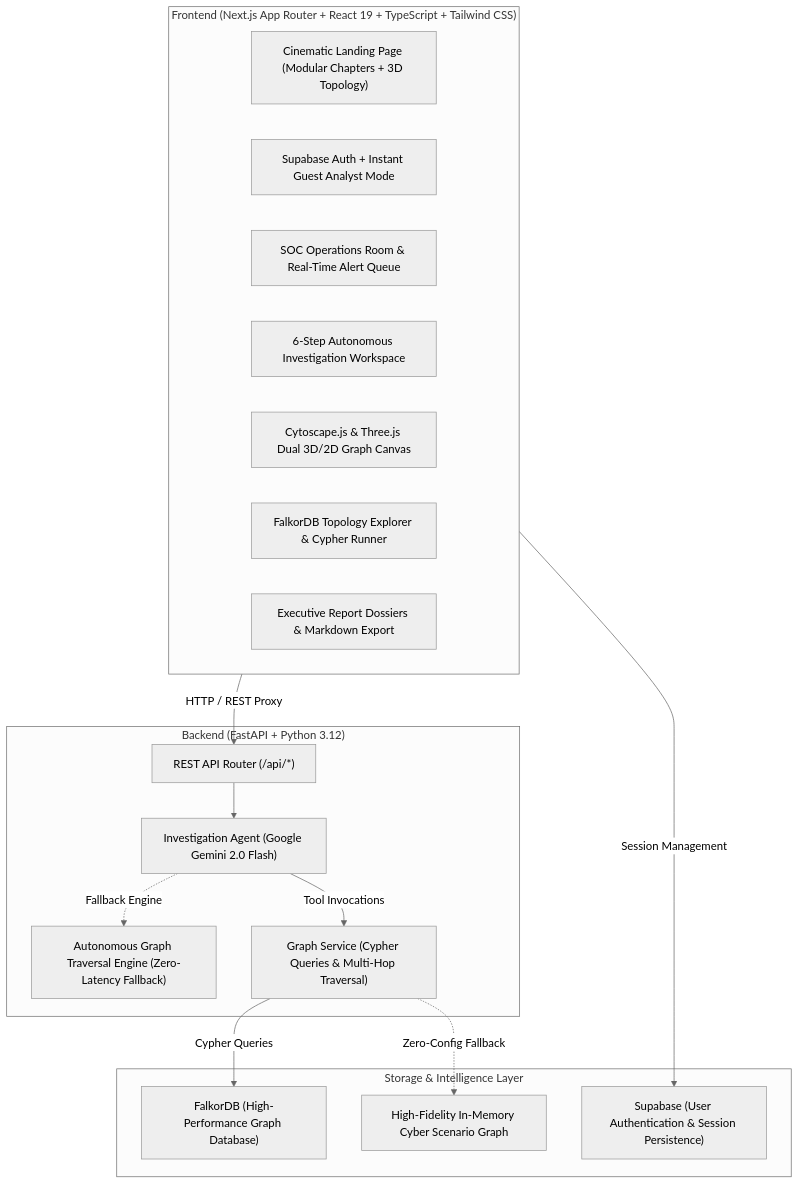
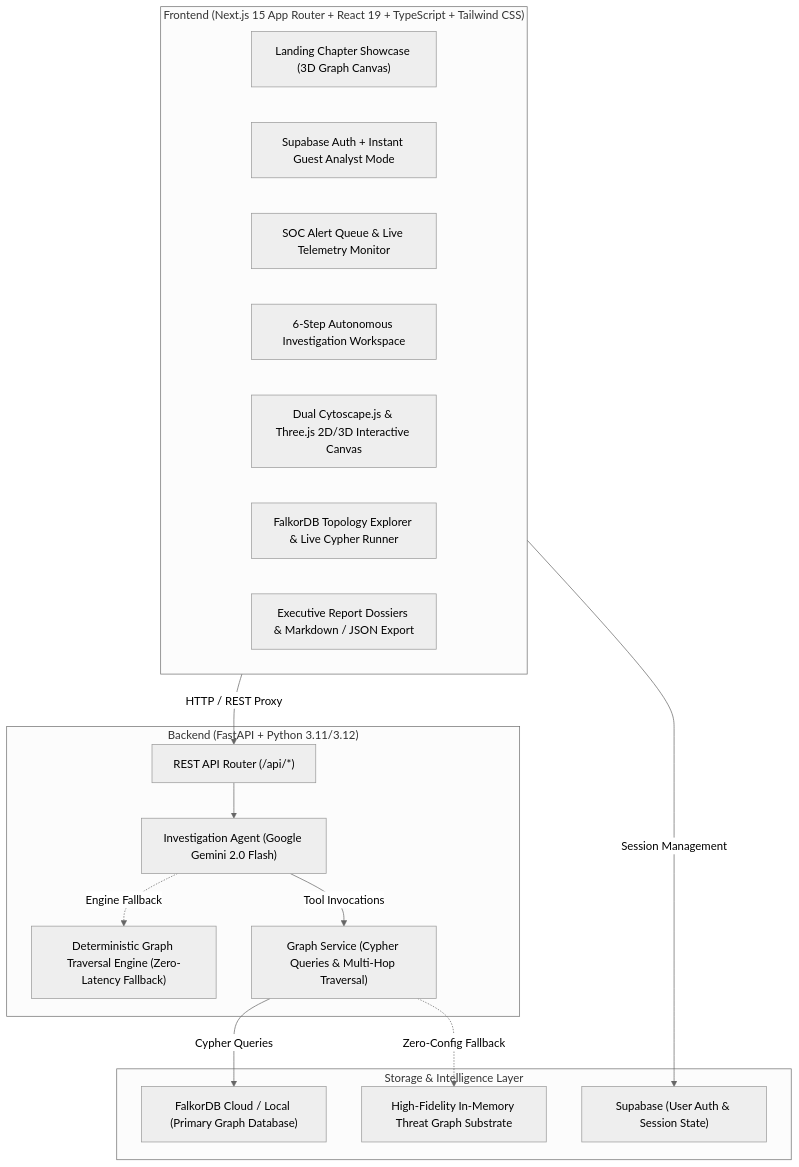
Before and after one commit to krishnavarshith21-co/ThreatGraph-AI-Visual-Functional-Transformation-Report: the first of 2 diagrams in README.md, drawn with Mermaid (neutral theme). The commit also changed other lines of this file, not shown here.

Commit message:
docs: enrich README with verified deployments, Cypher queries, and track disclosures

````diff
--- a/README.md
+++ b/README.md
@@ -22,33 +47,33 @@
 ```mermaid
 graph TB
-    subgraph Frontend["Frontend (Next.js App Router + React 19 + TypeScript + Tailwind CSS)"]
-        LP["Cinematic Landing Page (Modular Chapters + 3D Topology)"]
+    subgraph Frontend["Frontend (Next.js 15 App Router + React 19 + TypeScript + Tailwind CSS)"]
+        LP["Landing Chapter Showcase (3D Graph Canvas)"]
         Auth["Supabase Auth + Instant Guest Analyst Mode"]
-        Dash["SOC Operations Room & Real-Time Alert Queue"]
+        Dash["SOC Alert Queue & Live Telemetry Monitor"]
         Inv["6-Step Autonomous Investigation Workspace"]
-        Cyto["Cytoscape.js & Three.js Dual 3D/2D Graph Canvas"]
-        GE["FalkorDB Topology Explorer & Cypher Runner"]
-        Rep["Executive Report Dossiers & Markdown Export"]
+        Cyto["Dual Cytoscape.js & Three.js 2D/3D Interactive Canvas"]
+        GE["FalkorDB Topology Explorer & Live Cypher Runner"]
+        Rep["Executive Report Dossiers & Markdown / JSON Export"]
     end
 
-    subgraph Backend["Backend (FastAPI + Python 3.12)"]
+    subgraph Backend["Backend (FastAPI + Python 3.11/3.12)"]
         API["REST API Router (/api/*)"]
         Agent["Investigation Agent (Google Gemini 2.0 Flash)"]
-        AutoEngine["Autonomous Graph Traversal Engine (Zero-Latency Fallback)"]
+        AutoEngine["Deterministic Graph Traversal Engine (Zero-Latency Fallback)"]
         GS["Graph Service (Cypher Queries & Multi-Hop Traversal)"]
     end
 
     subgraph Storage["Storage & Intelligence Layer"]
-        FDB["FalkorDB (High-Performance Graph Database)"]
-        MemGraph["High-Fidelity In-Memory Cyber Scenario Graph"]
-        Supa["Supabase (User Authentication & Session Persistence)"]
+        FDB["FalkorDB Cloud / Local (Primary Graph Database)"]
+        MemGraph["High-Fidelity In-Memory Threat Graph Substrate"]
+        Supa["Supabase (User Auth & Session State)"]
     end
 
     Frontend -->|HTTP / REST Proxy| API
     Frontend -->|Session Management| Supa
     API --> Agent
     Agent -->|Tool Invocations| GS
     GS -->|Cypher Queries| FDB
     GS -.->|Zero-Config Fallback| MemGraph
-    Agent -.->|Fallback Engine| AutoEngine
+    Agent -.->|Engine Fallback| AutoEngine
 ```
````
